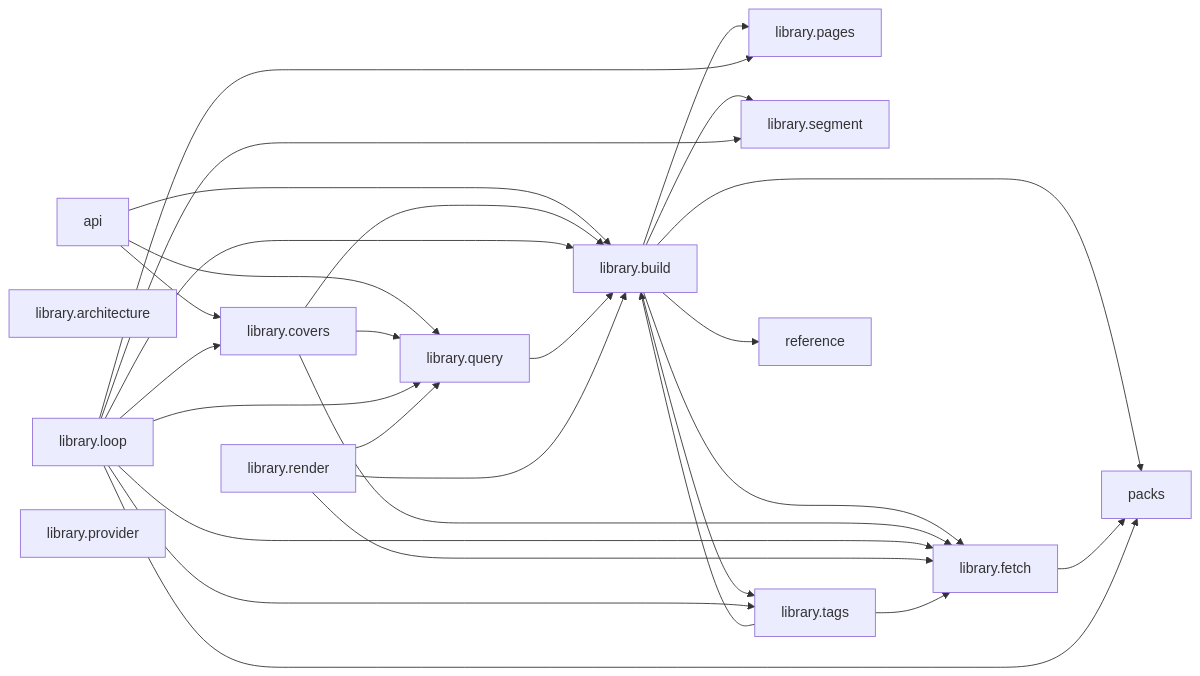
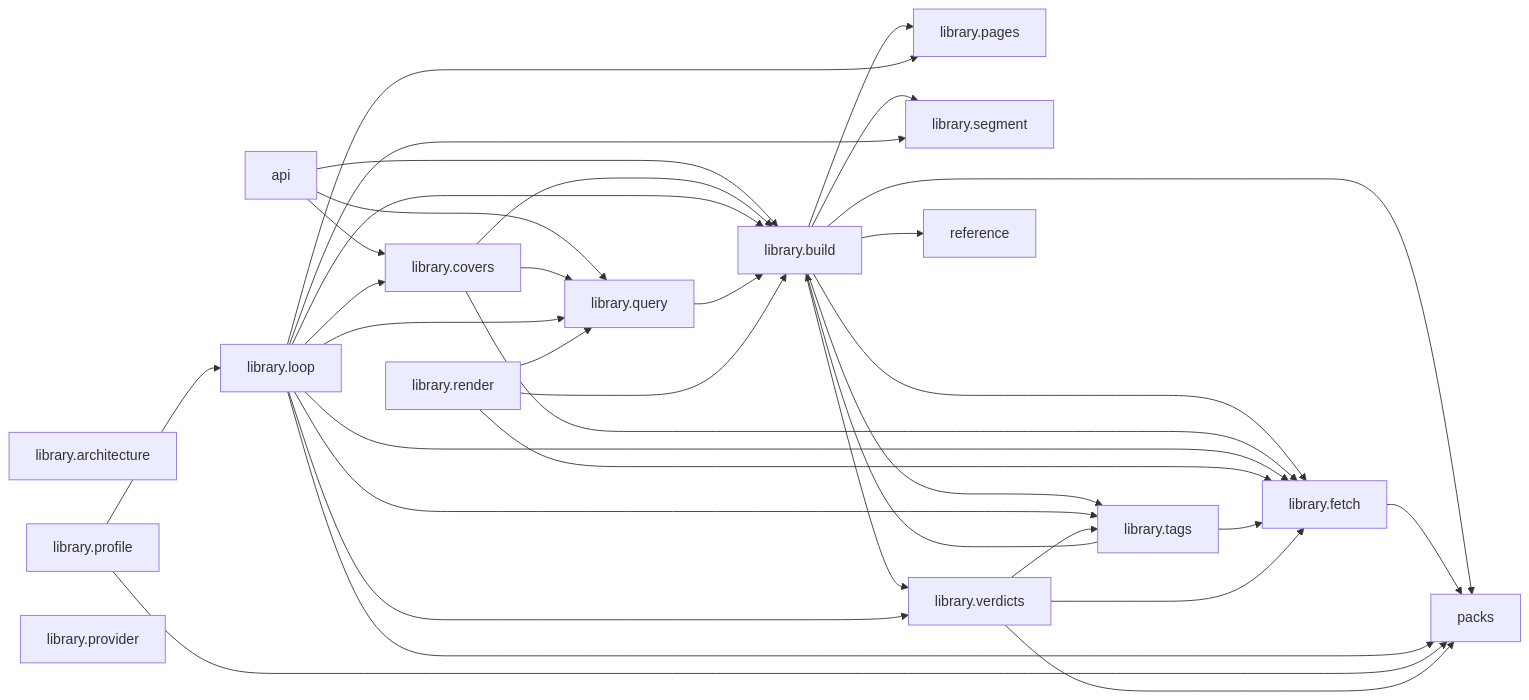
One commit to reversely/lifekit changed the first of 2 diagrams in docs/content/architecture.md. Above: the diagram before and after it, drawn with Mermaid. The commit also changed other lines of this file and 3 other files, not shown here.

````diff
--- a/docs/content/architecture.md
+++ b/docs/content/architecture.md
@@ -9,44 +9,53 @@
 ```mermaid
 graph LR
   lifekit_api["api"]
   lifekit_api --> lifekit_library_build
   lifekit_api --> lifekit_library_covers
   lifekit_api --> lifekit_library_query
   lifekit_library_architecture["library.architecture"]
   lifekit_library_build["library.build"]
   lifekit_library_build --> lifekit_library_fetch
   lifekit_library_build --> lifekit_library_pages
   lifekit_library_build --> lifekit_library_segment
   lifekit_library_build --> lifekit_library_tags
+  lifekit_library_build --> lifekit_library_verdicts
   lifekit_library_build --> lifekit_packs
   lifekit_library_build --> lifekit_reference
   lifekit_library_covers["library.covers"]
   lifekit_library_covers --> lifekit_library_build
   lifekit_library_covers --> lifekit_library_fetch
   lifekit_library_covers --> lifekit_library_query
   lifekit_library_fetch["library.fetch"]
   lifekit_library_fetch --> lifekit_packs
   lifekit_library_loop["library.loop"]
   lifekit_library_loop --> lifekit_library_build
   lifekit_library_loop --> lifekit_library_covers
   lifekit_library_loop --> lifekit_library_fetch
   lifekit_library_loop --> lifekit_library_pages
   lifekit_library_loop --> lifekit_library_query
   lifekit_library_loop --> lifekit_library_segment
   lifekit_library_loop --> lifekit_library_tags
+  lifekit_library_loop --> lifekit_library_verdicts
   lifekit_library_loop --> lifekit_packs
   lifekit_library_pages["library.pages"]
+  lifekit_library_profile["library.profile"]
+  lifekit_library_profile --> lifekit_library_loop
+  lifekit_library_profile --> lifekit_packs
   lifekit_library_provider["library.provider"]
   lifekit_library_query["library.query"]
   lifekit_library_query --> lifekit_library_build
   lifekit_library_render["library.render"]
   lifekit_library_render --> lifekit_library_build
   lifekit_library_render --> lifekit_library_fetch
   lifekit_library_render --> lifekit_library_query
   lifekit_library_segment["library.segment"]
   lifekit_library_tags["library.tags"]
   lifekit_library_tags --> lifekit_library_build
   lifekit_library_tags --> lifekit_library_fetch
+  lifekit_library_verdicts["library.verdicts"]
+  lifekit_library_verdicts --> lifekit_library_fetch
+  lifekit_library_verdicts --> lifekit_library_tags
+  lifekit_library_verdicts --> lifekit_packs
   lifekit_packs["packs"]
   lifekit_reference["reference"]
 ```
````
